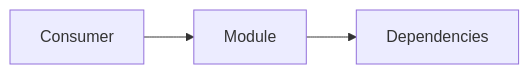
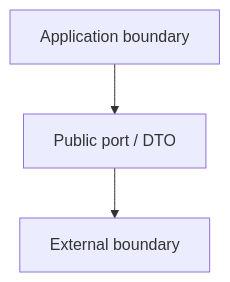
The second of 3 diagrams in packages/platform/ARCHITECTURE.md (963sup/Line_Bot_v1), drawn with Mermaid before and after one commit. The commit also changed other lines of this file and 40 other files, not shown here.

Commit message:
docs: compact owner architecture cards

````diff
--- a/packages/platform/ARCHITECTURE.md
+++ b/packages/platform/ARCHITECTURE.md
@@ -37,5 +24,5 @@
 ```mermaid
-flowchart LR
-  Consumer[Consumer] --> Module[Module]
-  Module --> Dependencies[Dependencies]
+flowchart TD
+  Application[Application boundary] --> Port[Public port / DTO]
+  Port --> Boundary[External boundary]
 ```
````
